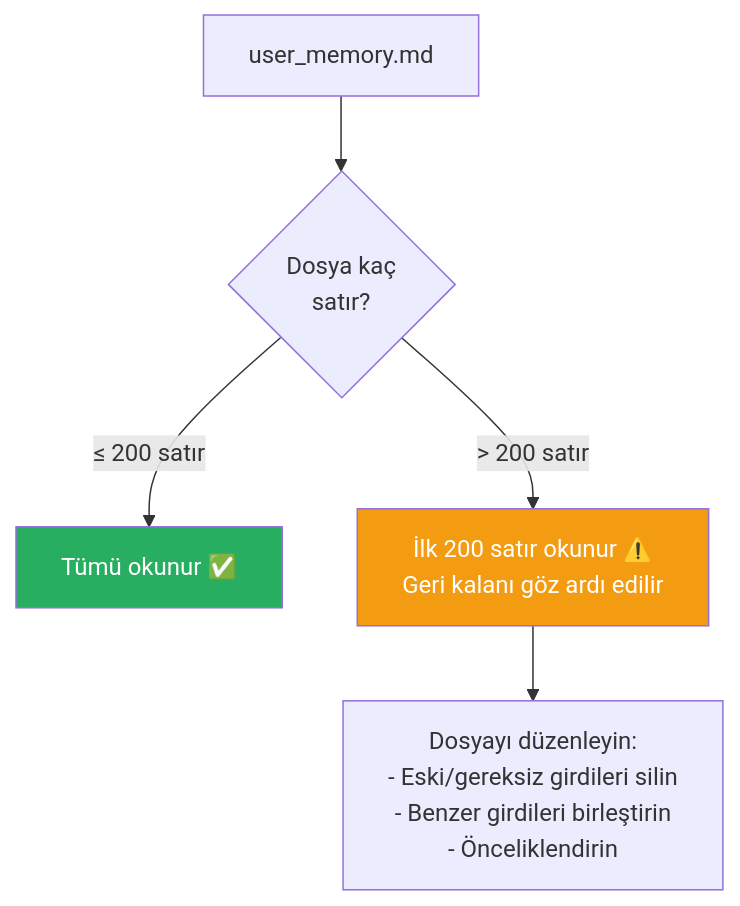
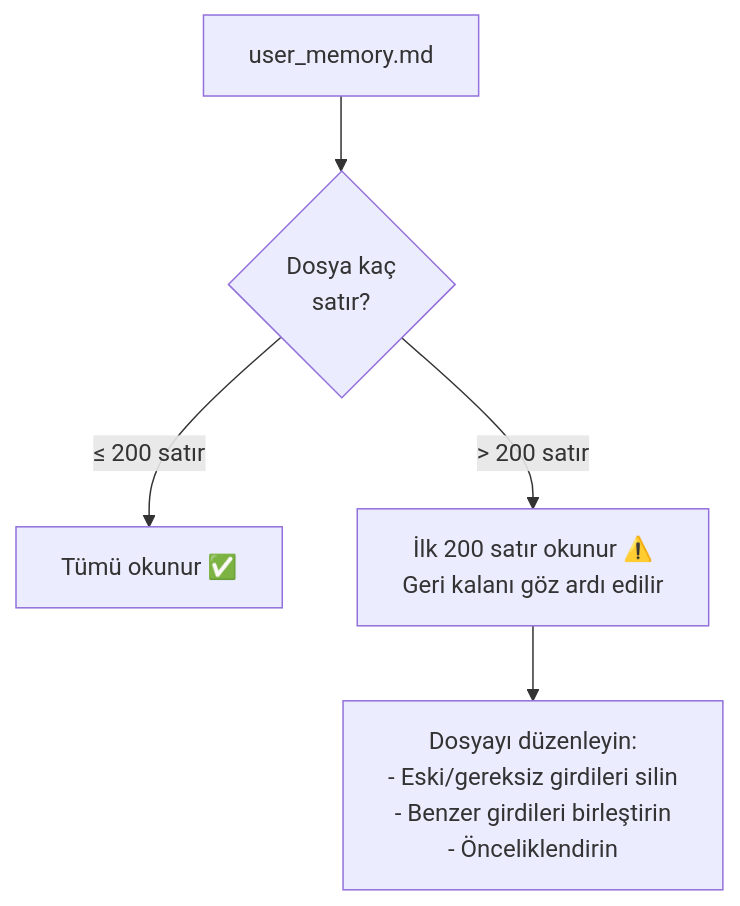
One commit to IzzetYasinAtes/ClaudeCodeHandbook changed the fourth of 5 diagrams in 09-bellek-ve-baglam/04-otomatik-bellek.md. Above: the diagram before and after it, drawn with Mermaid. The commit also changed other lines of this file and 97 other files, not shown here.

Commit message:
Remove all custom Mermaid style/fill colors from 98 markdown files for consistent dark theme rendering

````diff
--- a/09-bellek-ve-baglam/04-otomatik-bellek.md
+++ b/09-bellek-ve-baglam/04-otomatik-bellek.md
@@ -164,11 +160,9 @@
 ```mermaid
 flowchart TD
     MEM["user_memory.md"] --> READ{"Dosya kaç<br/>satır?"}
     READ -->|"≤ 200 satır"| ALL["Tümü okunur ✅"]
     READ -->|"> 200 satır"| PARTIAL["İlk 200 satır okunur ⚠️<br/>Geri kalanı göz ardı edilir"]
 
     PARTIAL --> ACTION["Dosyayı düzenleyin:<br/>- Eski/gereksiz girdileri silin<br/>- Benzer girdileri birleştirin<br/>- Önceliklendirin"]
 
-    style ALL fill:#27AE60,color:#fff
-    style PARTIAL fill:#F39C12,color:#fff
 ```
````
